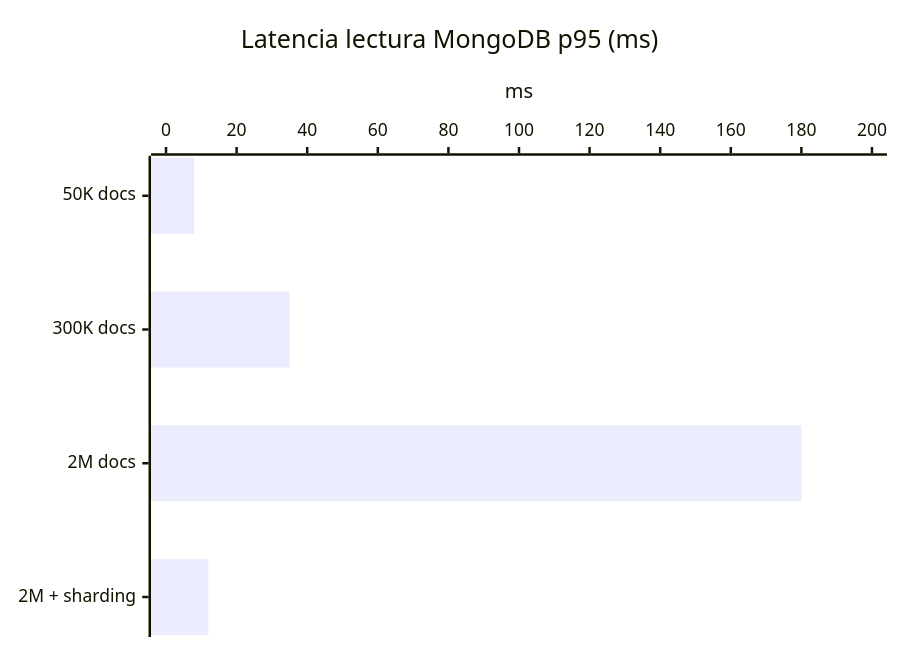
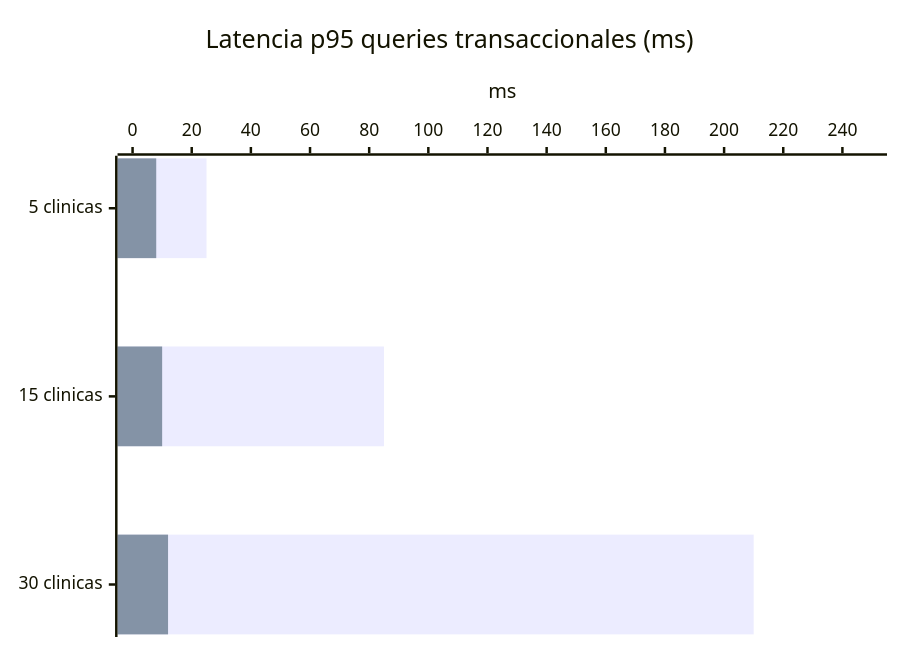
Before and after one commit to gmeono94/nua-salud-panel: diagram 15 of 20 in README.md, drawn with Mermaid. The commit also changed other lines of this file, not shown here.

First line of the commit message:
docs: comprehensive README rewrite with CTO-level architecture decisions

````diff
--- a/README.md
+++ b/README.md
@@ -772,7 +809,8 @@
 ```mermaid
 xychart-beta horizontal
-    title "Latencia lectura MongoDB p95 (ms)"
-    x-axis ["50K docs", "300K docs", "2M docs", "2M + sharding"]
-    y-axis "ms" 0 --> 200
-    bar [8, 35, 180, 12]
+    title "Latencia p95 queries transaccionales (ms)"
+    x-axis ["5 clinicas", "15 clinicas", "30 clinicas"]
+    y-axis "ms" 0 --> 250
+    bar "MongoDB $lookup" [25, 85, 210]
+    bar "PostgreSQL JOIN" [8, 10, 12]
 ```
````
